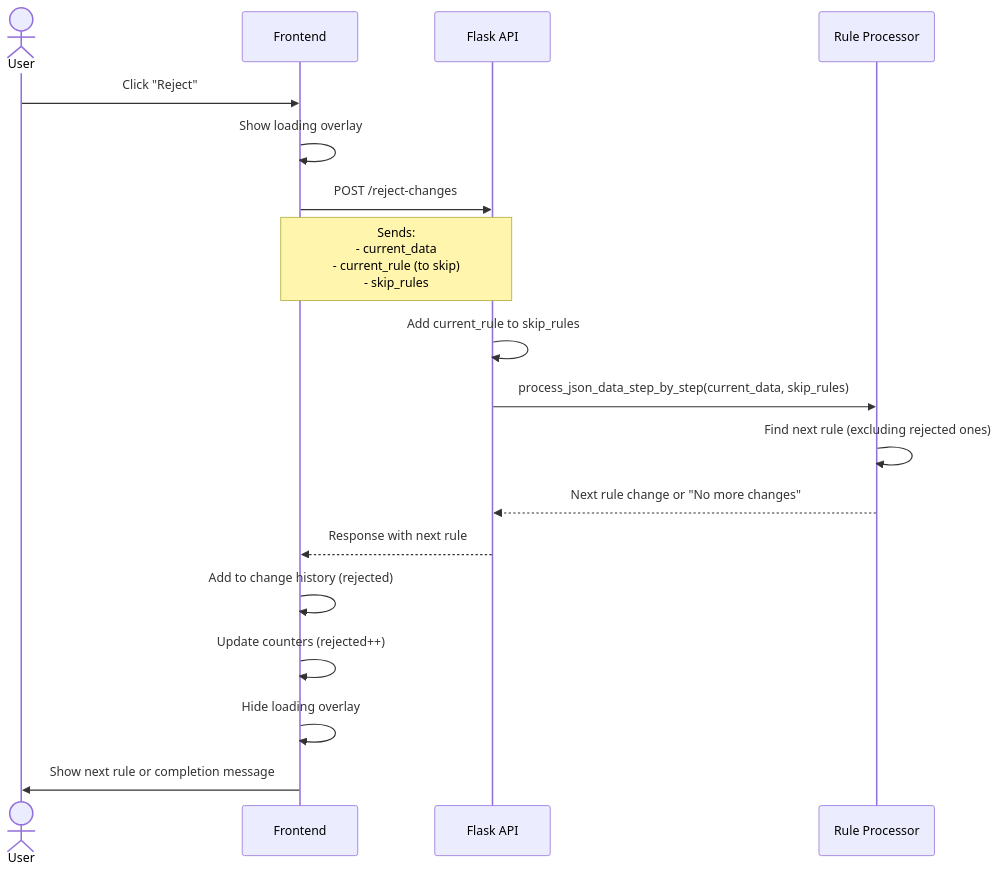
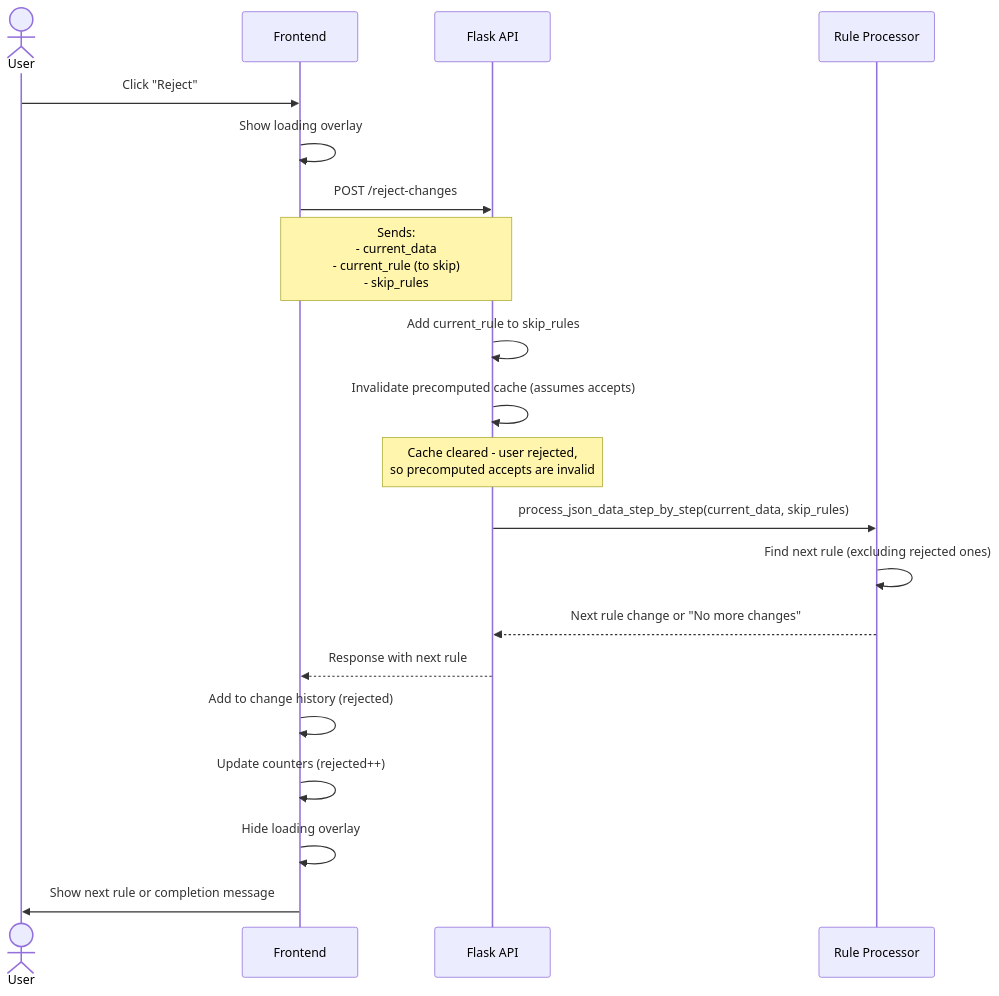
The third of 9 diagrams in SEQUENCE_DIAGRAM.md (ErfanTagh/AASX-Sanity), drawn with Mermaid before and after one commit. The commit also changed other lines of this file and 5 other files, not shown here.

````diff
--- a/SEQUENCE_DIAGRAM.md
+++ b/SEQUENCE_DIAGRAM.md
@@ -60,21 +76,23 @@
 ```mermaid
 sequenceDiagram
     actor User
     participant Frontend
     participant API as Flask API
     participant RuleProcessor as Rule Processor
 
     User->>Frontend: Click "Reject"
     Frontend->>Frontend: Show loading overlay
     Frontend->>API: POST /reject-changes
     Note over Frontend,API: Sends:<br/>- current_data<br/>- current_rule (to skip)<br/>- skip_rules
     API->>API: Add current_rule to skip_rules
+    API->>API: Invalidate precomputed cache (assumes accepts)
+    Note over API: Cache cleared - user rejected,<br/>so precomputed accepts are invalid
     API->>RuleProcessor: process_json_data_step_by_step(current_data, skip_rules)
     RuleProcessor->>RuleProcessor: Find next rule (excluding rejected ones)
     RuleProcessor-->>API: Next rule change or "No more changes"
     API-->>Frontend: Response with next rule
     Frontend->>Frontend: Add to change history (rejected)
     Frontend->>Frontend: Update counters (rejected++)
     Frontend->>Frontend: Hide loading overlay
     Frontend->>User: Show next rule or completion message
 ```
````
